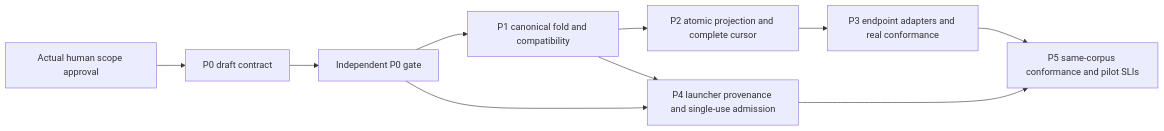
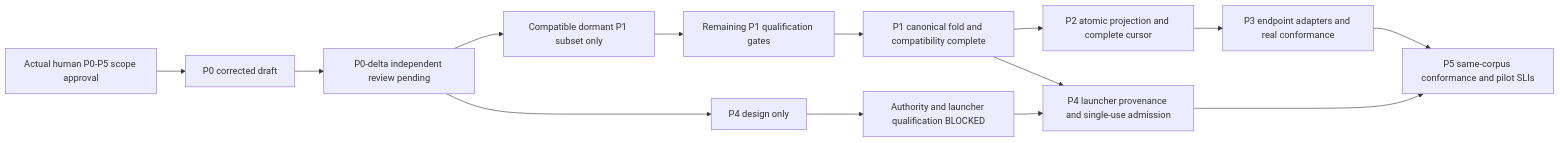
One commit to timianmalloo/ai-de changed the diagram in docs/plans/cross-harness-coordination-phases.md. Above: the diagram before and after it, drawn with Mermaid. The commit also changed other lines of this file and 5 other files, not shown here.

First line of the commit message:
docs: correct cross-harness P0 compatibility and dormant admission

````diff
--- a/docs/plans/cross-harness-coordination-phases.md
+++ b/docs/plans/cross-harness-coordination-phases.md
@@ -28,12 +28,16 @@
 ```mermaid
 flowchart LR
-  H[Actual human scope approval] --> P0[P0 draft contract]
-  P0 --> G0[Independent P0 gate]
-  G0 --> P1[P1 canonical fold and compatibility]
+  H[Actual human P0-P5 scope approval] --> P0[P0 corrected draft]
+  P0 --> G0[P0-delta independent review pending]
+  G0 --> D1[Compatible dormant P1 subset only]
+  D1 --> Q1[Remaining P1 qualification gates]
+  Q1 --> P1[P1 canonical fold and compatibility complete]
   P1 --> P2[P2 atomic projection and complete cursor]
   P2 --> P3[P3 endpoint adapters and real conformance]
-  G0 --> P4[P4 launcher provenance and single-use admission]
+  G0 --> D4[P4 design only]
+  D4 --> Q4[Authority and launcher qualification BLOCKED]
+  Q4 --> P4[P4 launcher provenance and single-use admission]
   P1 --> P4
   P3 --> P5[P5 same-corpus conformance and pilot SLIs]
   P4 --> P5
 ```
````
